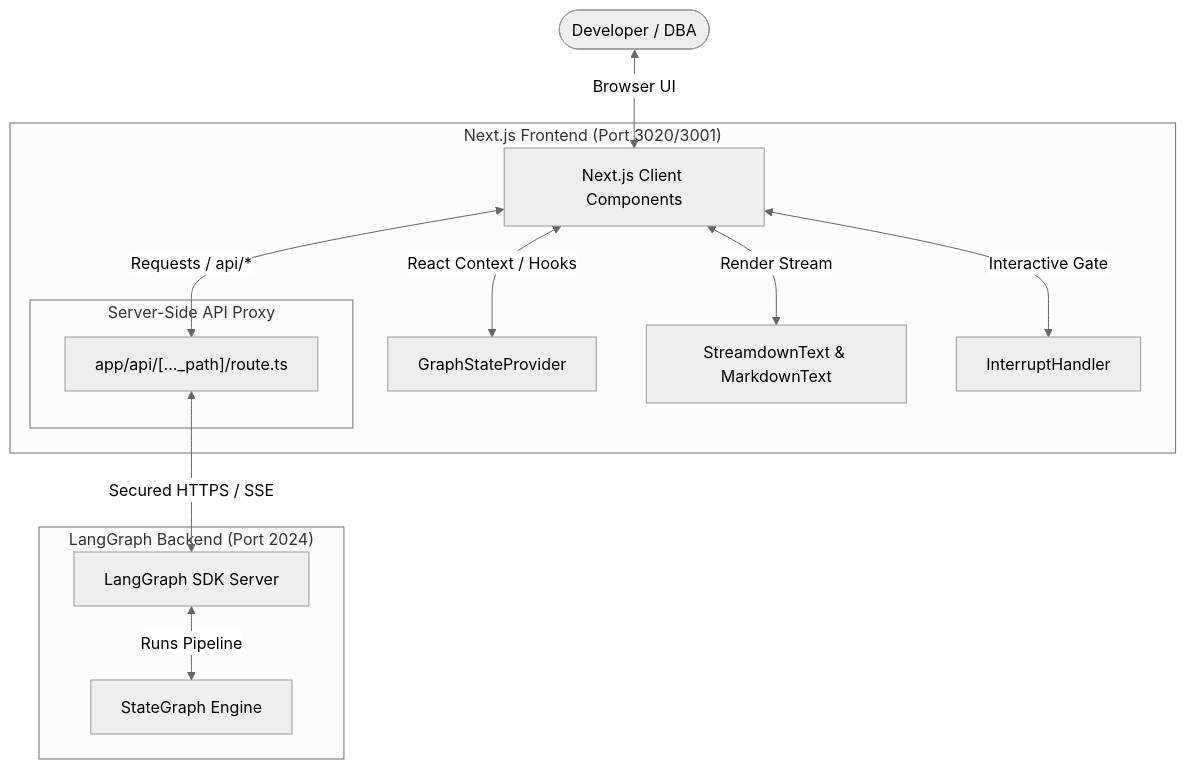
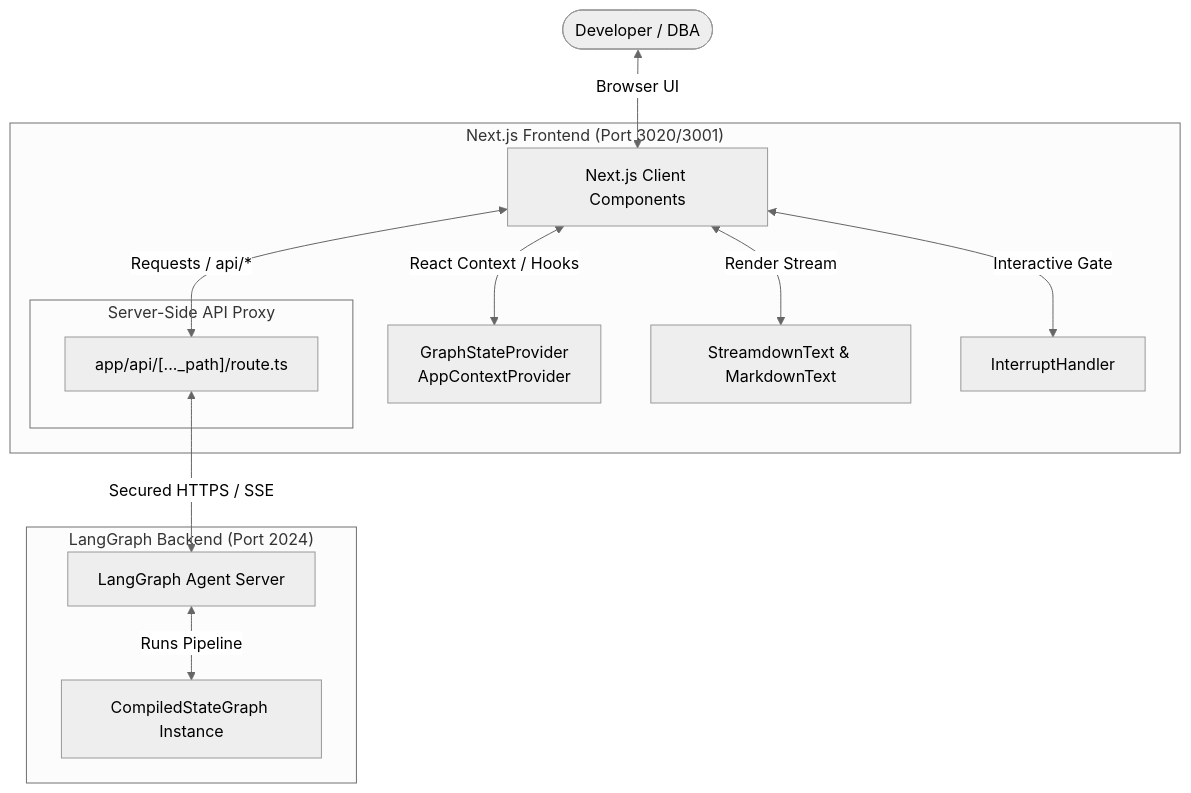
The diagram in docs/frontend/overview.md (corovcam/Universal-Object-Mapping), drawn with Mermaid (neutral theme) before and after one commit. The commit also changed other lines of this file and 15 other files, not shown here.

````diff
--- a/docs/frontend/overview.md
+++ b/docs/frontend/overview.md
@@ -49,21 +49,21 @@
 ```mermaid
 flowchart TD
     User([Developer / DBA]) <-->|Browser UI| View[Next.js Client Components]
     
     subgraph FrontendApp ["Next.js Frontend (Port 3020/3001)"]
-        View <-->|React Context / Hooks| StateProvider[GraphStateProvider]
+        View <-->|React Context / Hooks| StateProvider[GraphStateProvider<br>AppContextProvider]
         View <-->|Render Stream| Streamdown[StreamdownText & MarkdownText]
         View <-->|Interactive Gate| InterruptCard[InterruptHandler]
         
         subgraph ServerProxy ["Server-Side API Proxy"]
             ProxyRoute["app/api/[..._path]/route.ts"]
         end
     end
     
     subgraph BackendOrchestrator ["LangGraph Backend (Port 2024)"]
-        LangGraph["LangGraph SDK Server"] <-->|Runs Pipeline| StateGraph["StateGraph Engine"]
+        LangGraph["LangGraph Agent Server"] <-->|Runs Pipeline| StateGraph["CompiledStateGraph Instance"]
     end
     
     View <-->|Requests / api/*| ProxyRoute
     ProxyRoute <-->|Secured HTTPS / SSE| LangGraph
 ```
````
